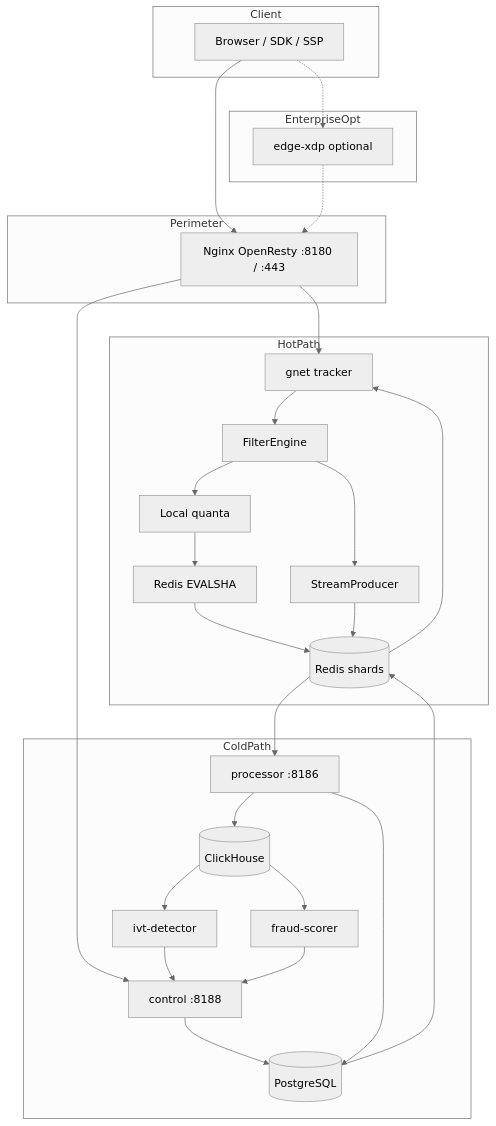
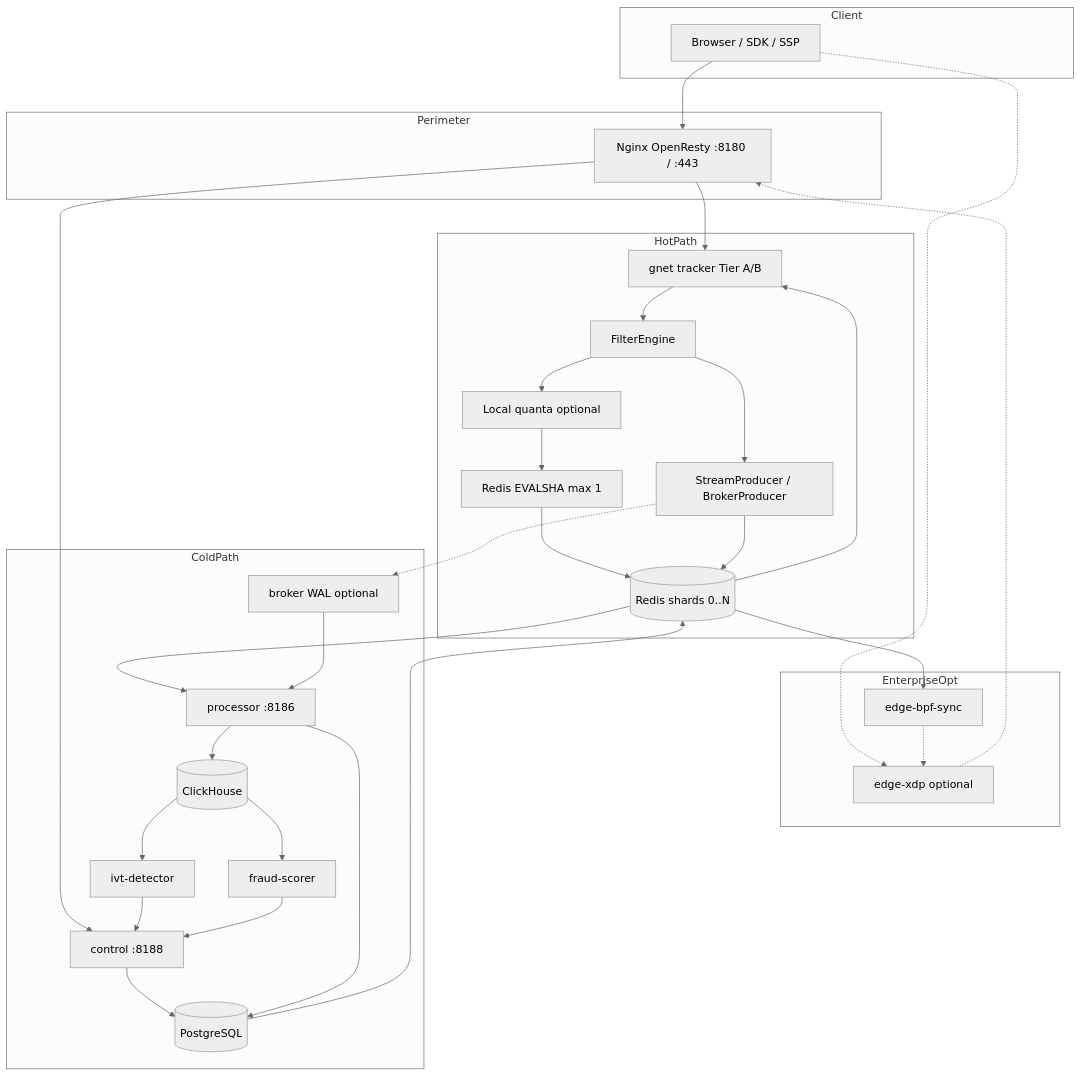
The diagram in docs/ARCHITECTURE.md (mykhailov-ua/ad-event-processor), drawn with Mermaid (neutral theme) before and after one commit. The commit also changed other lines of this file and 1151 other files, not shown here.

Commit message:
Wire platform OpenAPI parity, edge XDP and nginx Lua, and admin web expansion.

````diff
--- a/docs/ARCHITECTURE.md
+++ b/docs/ARCHITECTURE.md
@@ -46,45 +72,52 @@
 ```mermaid
 flowchart TB
     subgraph Client
         C[Browser / SDK / SSP]
     end
     subgraph Perimeter
         NGX[Nginx OpenResty :8180 / :443]
     end
     subgraph EnterpriseOpt
         XDP[edge-xdp optional]
+        BPFSYNC[edge-bpf-sync]
     end
     subgraph HotPath
-        GNET[gnet tracker]
+        GNET[gnet tracker Tier A/B]
         FE[FilterEngine]
-        LUA[Redis EVALSHA]
-        LQ[Local quanta]
-        SP[StreamProducer]
-        RS[(Redis shards)]
+        LUA[Redis EVALSHA max 1]
+        LQ[Local quanta optional]
+        SP[StreamProducer / BrokerProducer]
+        RS[(Redis shards 0..N)]
     end
     subgraph ColdPath
         CTRL[control :8188]
         PG[(PostgreSQL)]
         PROC[processor :8186]
+        BRK[broker WAL optional]
         CH[(ClickHouse)]
+        FS[fraud-scorer]
         IVT[ivt-detector]
-        FS[fraud-scorer]
     end
     C --> NGX
     C -.-> XDP
     XDP -.-> NGX
+    BPFSYNC -.-> XDP
+    RS --> BPFSYNC
     NGX --> GNET
     NGX --> CTRL
     GNET --> FE --> LQ --> LUA --> RS
-    FE --> SP --> RS
+    FE --> SP
+    SP --> RS
+    SP -.-> BRK
     CTRL --> PG
     PG --> RS
     RS --> GNET
     RS --> PROC
+    BRK --> PROC
     PROC --> PG
     PROC --> CH
     CH --> IVT
     CH --> FS
     IVT --> CTRL
     FS --> CTRL
 ```
````
